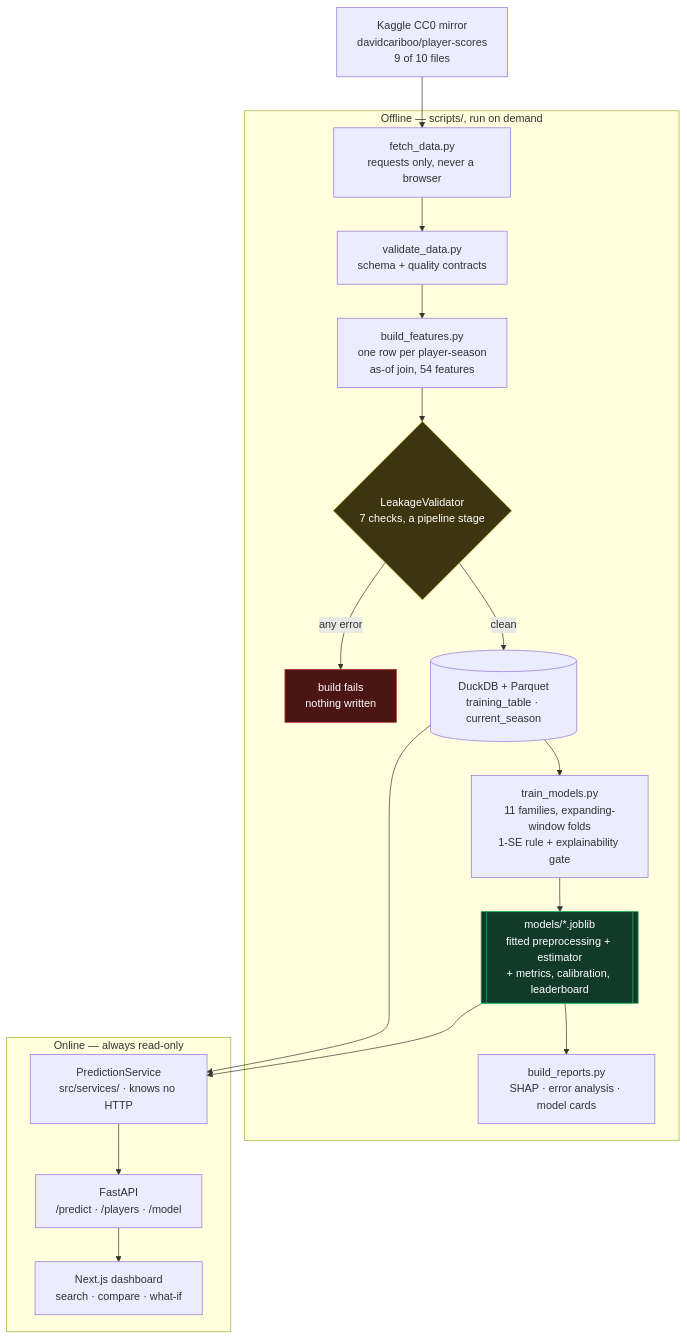
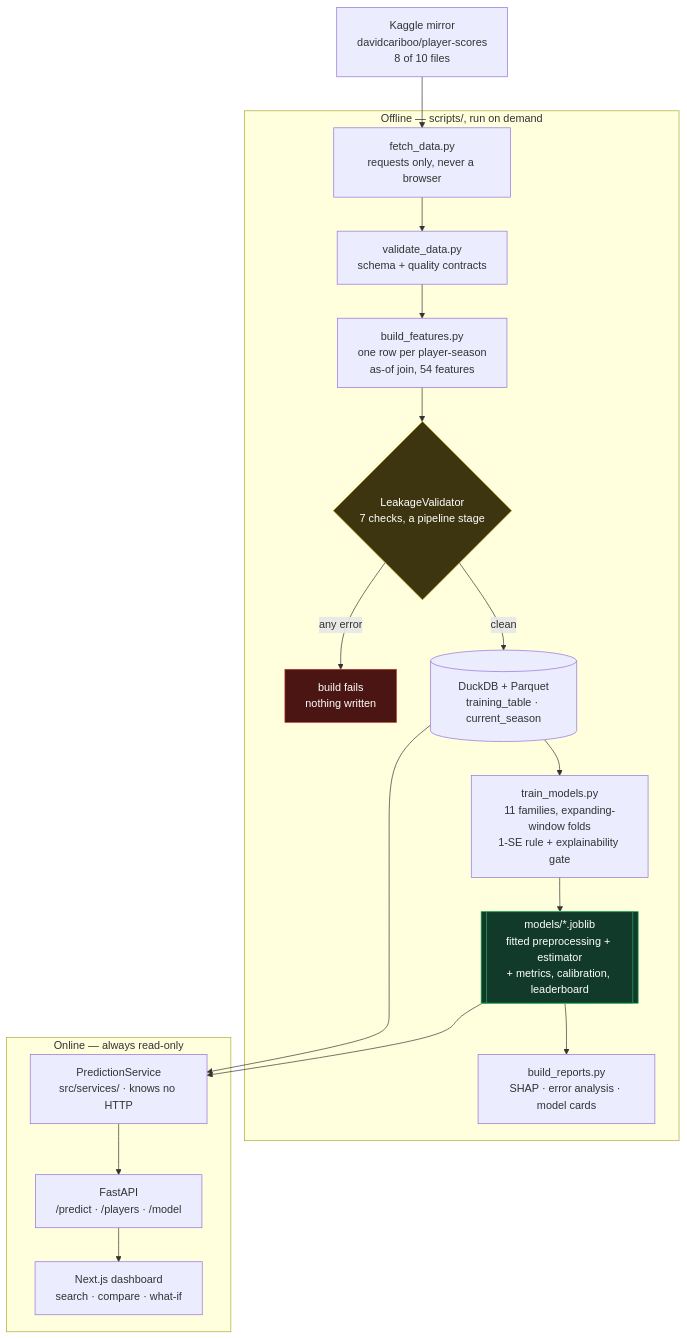
One commit to Vanshcloud/Transfer-Value-Predictor changed the diagram in README.md. Above: the diagram before and after it, drawn with Mermaid. The commit also changed other lines of this file and 9 other files, not shown here.

````diff
--- a/README.md
+++ b/README.md
@@ -78,26 +81,26 @@
 ```mermaid
 flowchart TD
-    K["Kaggle CC0 mirror<br/>davidcariboo/player-scores<br/>9 of 10 files"] --> F
+    K["Kaggle mirror<br/>davidcariboo/player-scores<br/>8 of 10 files"] --> F
 
     subgraph OFF ["Offline — scripts/, run on demand"]
         F["fetch_data.py<br/>requests only, never a browser"] --> V["validate_data.py<br/>schema + quality contracts"]
         V --> B["build_features.py<br/>one row per player-season<br/>as-of join, 54 features"]
         B --> L{"LeakageValidator<br/>7 checks, a pipeline stage"}
         L -- "any error" --> STOP["build fails<br/>nothing written"]
         L -- "clean" --> T[("DuckDB + Parquet<br/>training_table · current_season")]
         T --> M["train_models.py<br/>11 families, expanding-window folds<br/>1-SE rule + explainability gate"]
         M --> A[["models/*.joblib<br/>fitted preprocessing + estimator<br/>+ metrics, calibration, leaderboard"]]
         A --> R["build_reports.py<br/>SHAP · error analysis · model cards"]
     end
 
     subgraph ON ["Online — always read-only"]
         A --> S["PredictionService<br/>src/services/ · knows no HTTP"]
         T --> S
         S --> API["FastAPI<br/>/predict · /players · /model"]
         API --> UI["Next.js dashboard<br/>search · compare · what-if"]
     end
 
     style STOP fill:#4a1512,stroke:#c0392b,color:#fff
     style L fill:#3d3410,stroke:#b7950b,color:#fff
     style A fill:#123a2a,stroke:#27ae60,color:#fff
 ```
````
